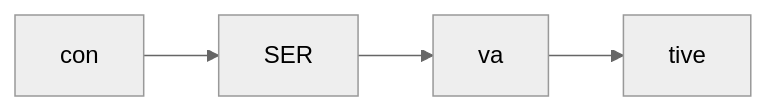
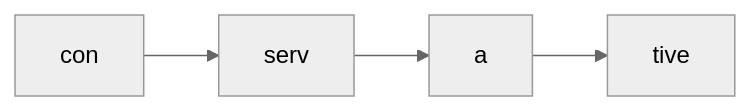
One commit to seki999/DialogueFlow changed the first of 5 diagrams in slides_backup/托业单词/20260630/06.md. Above: the diagram before and after it, drawn with Mermaid (neutral theme). The commit also changed other lines of this file and 28 other files, not shown here.

````diff
--- a/slides_backup/托业单词/20260630/06.md
+++ b/slides_backup/托业单词/20260630/06.md
@@ -17,6 +19,6 @@
 ```mermaid
 flowchart LR
-    A[con] --> B[SER]
-    B --> C[va]
+    A[con] --> B[serv]
+    B --> C[a]
     C --> D[tive]
 ```
````
